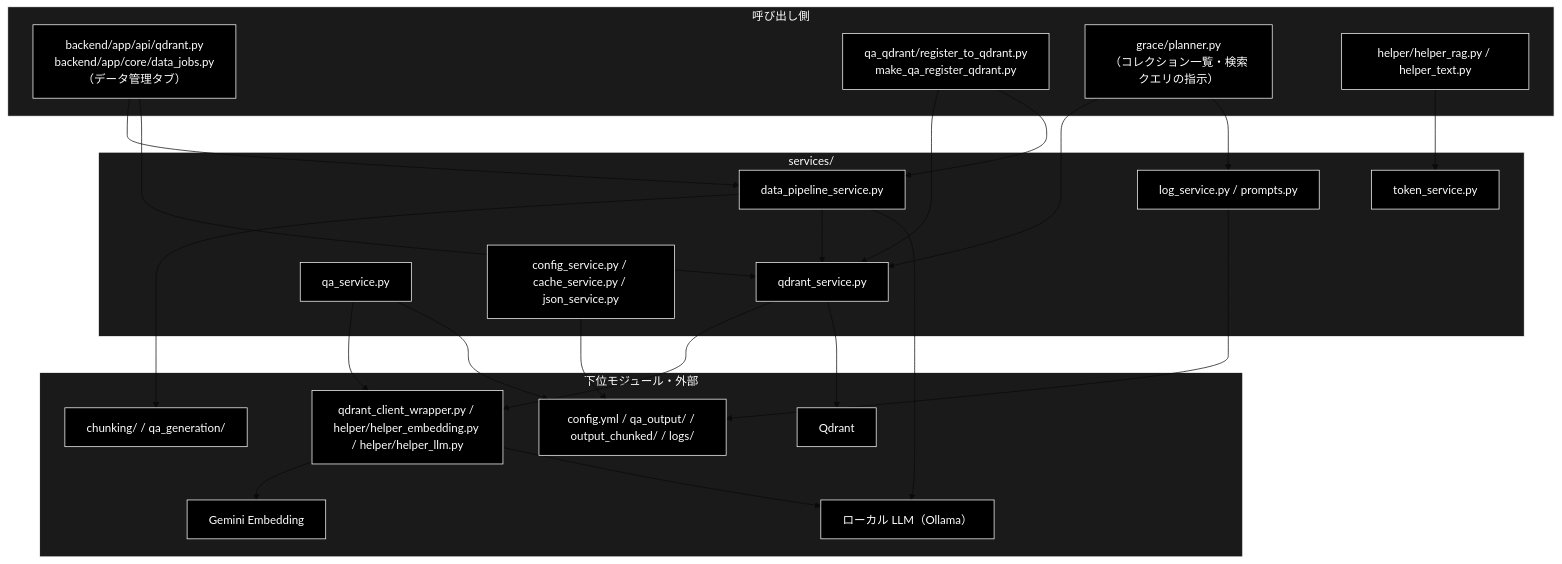
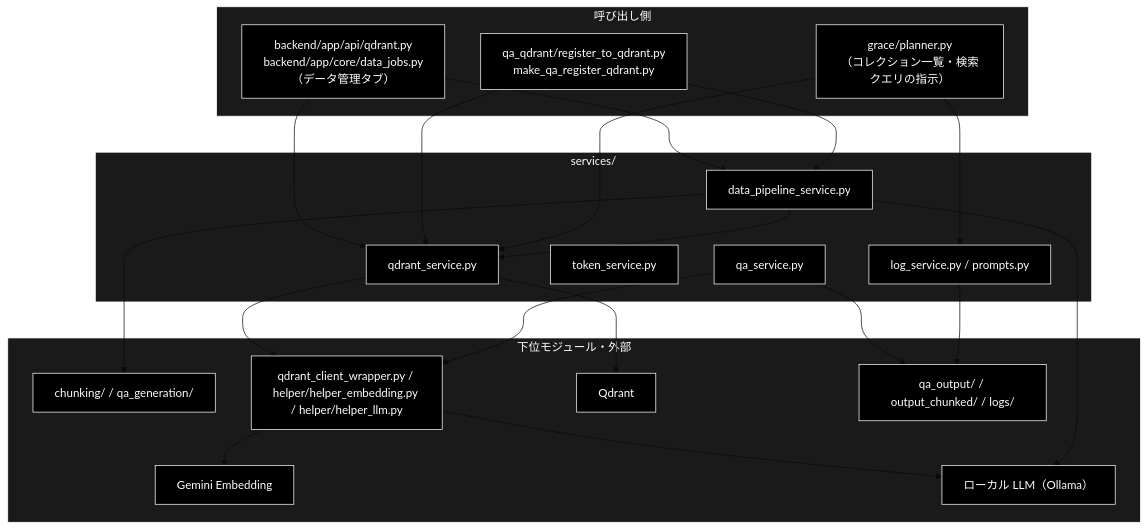
One commit to nakashima2toshio/grace_v2_local changed the diagram in services/docs/README_services.md. Above: the diagram before and after it, drawn with Mermaid (base theme). The commit also changed other lines of this file and 41 other files, not shown here.

````diff
--- a/services/docs/README_services.md
+++ b/services/docs/README_services.md
@@ -63,49 +57,45 @@
 ```mermaid
 flowchart TB
     subgraph CALLER["呼び出し側"]
         API["backend/app/api/qdrant.py<br>backend/app/core/data_jobs.py<br>（データ管理タブ）"]
         CLI["qa_qdrant/register_to_qdrant.py<br>make_qa_register_qdrant.py"]
         GR["grace/planner.py<br>（コレクション一覧・検索クエリの指示）"]
-        HLP["helper/helper_rag.py / helper_text.py"]
     end
     subgraph SVC["services/"]
         DPS["data_pipeline_service.py"]
         QDS["qdrant_service.py"]
         QAS["qa_service.py"]
         TOK["token_service.py"]
-        CFG["config_service.py / cache_service.py / json_service.py"]
         LOG["log_service.py / prompts.py"]
     end
     subgraph LOWER["下位モジュール・外部"]
         CHK["chunking/ / qa_generation/"]
         WRP["qdrant_client_wrapper.py / helper/helper_embedding.py / helper/helper_llm.py"]
         QD["Qdrant"]
         GEM["Gemini Embedding"]
         OLL["ローカル LLM（Ollama）"]
-        FS["config.yml / qa_output/ / output_chunked/ / logs/"]
+        FS["qa_output/ / output_chunked/ / logs/"]
     end
     API --> DPS
     API --> QDS
     CLI --> QDS
     CLI --> DPS
     GR --> QDS
     GR --> LOG
-    HLP --> TOK
     DPS --> CHK
     DPS --> QDS
     QDS --> WRP
     QDS --> QD
     WRP --> GEM
     QAS --> WRP
     WRP --> OLL
     DPS --> OLL
-    CFG --> FS
     QAS --> FS
     LOG --> FS
 classDef default fill:#000,stroke:#fff,color:#fff
 classDef subgraphStyle fill:#1a1a1a,stroke:#fff,color:#fff
-class API,CLI,GR,HLP,DPS,QDS,QAS,TOK,CFG,LOG,CHK,WRP,QD,GEM,OLL,FS default
+class API,CLI,GR,DPS,QDS,QAS,TOK,LOG,CHK,WRP,QD,GEM,OLL,FS default
 style CALLER fill:#1a1a1a,stroke:#fff,color:#fff
 style SVC fill:#1a1a1a,stroke:#fff,color:#fff
 style LOWER fill:#1a1a1a,stroke:#fff,color:#fff
 ```
````
